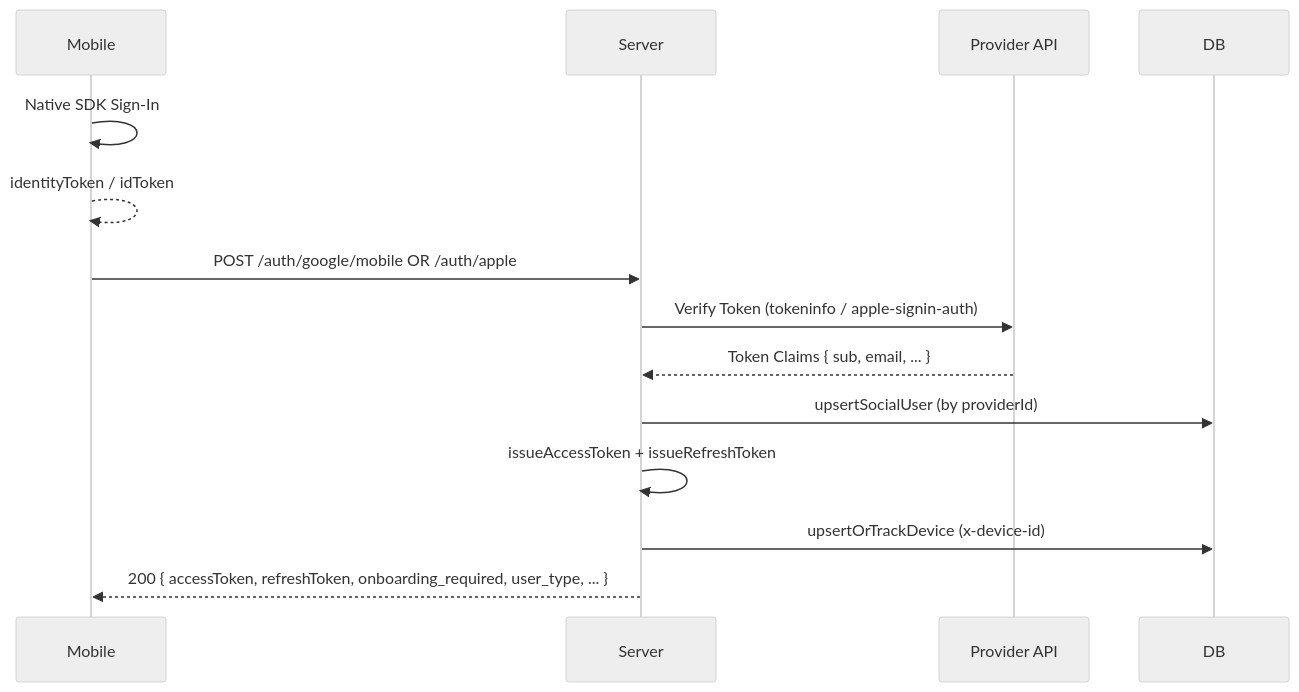
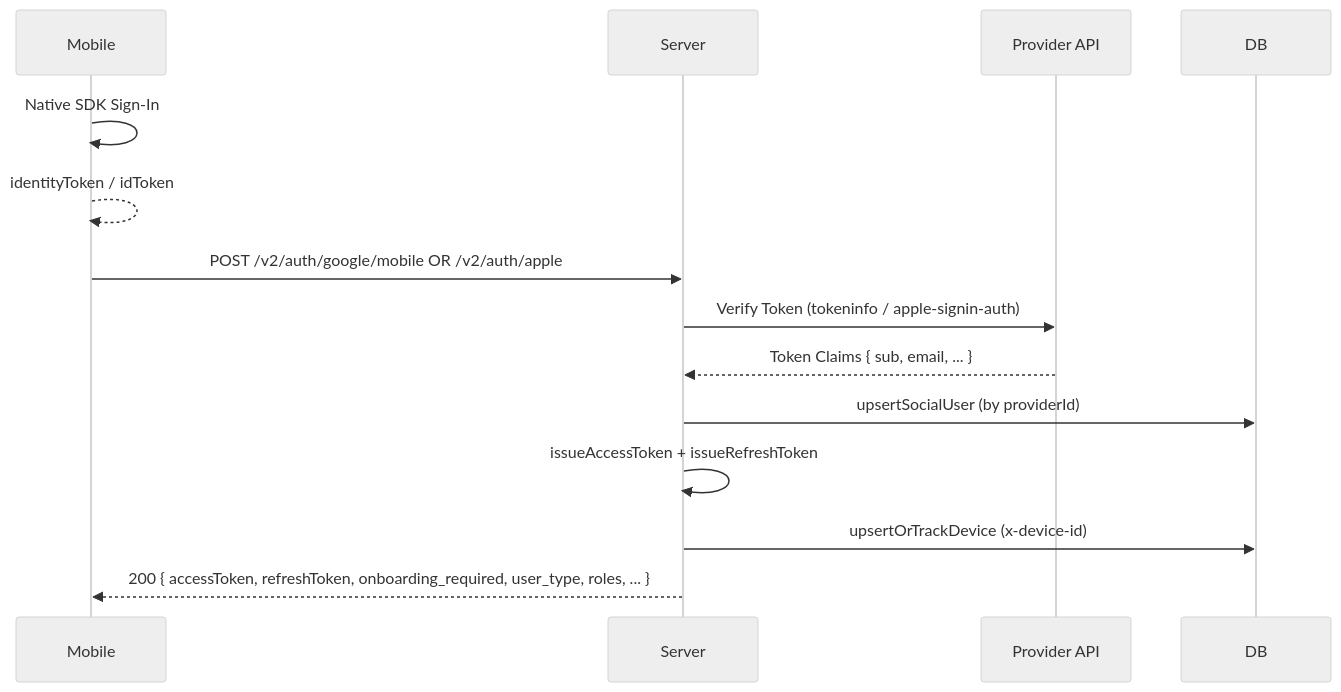
One commit to duwaragie-work/cardioplace-v2 changed the third of 4 diagrams in docs/AUTH_MODULE.md. Above: the diagram before and after it, drawn with Mermaid (neutral theme). The commit also changed other lines of this file and 2 other files, not shown here.

````diff
--- a/docs/AUTH_MODULE.md
+++ b/docs/AUTH_MODULE.md
@@ -318,16 +330,16 @@
 ```mermaid
 sequenceDiagram
     participant Mobile
     participant Server
     participant Provider API
 
     Mobile->>Mobile: Native SDK Sign-In
     Mobile-->>Mobile: identityToken / idToken
-    Mobile->>Server: POST /auth/google/mobile OR /auth/apple
+    Mobile->>Server: POST /v2/auth/google/mobile OR /v2/auth/apple
     Server->>Provider API: Verify Token (tokeninfo / apple-signin-auth)
     Provider API-->>Server: Token Claims { sub, email, ... }
     Server->>DB: upsertSocialUser (by providerId)
     Server->>Server: issueAccessToken + issueRefreshToken
     Server->>DB: upsertOrTrackDevice (x-device-id)
-    Server-->>Mobile: 200 { accessToken, refreshToken, onboarding_required, user_type, ... }
+    Server-->>Mobile: 200 { accessToken, refreshToken, onboarding_required, user_type, roles, ... }
 ```
````
